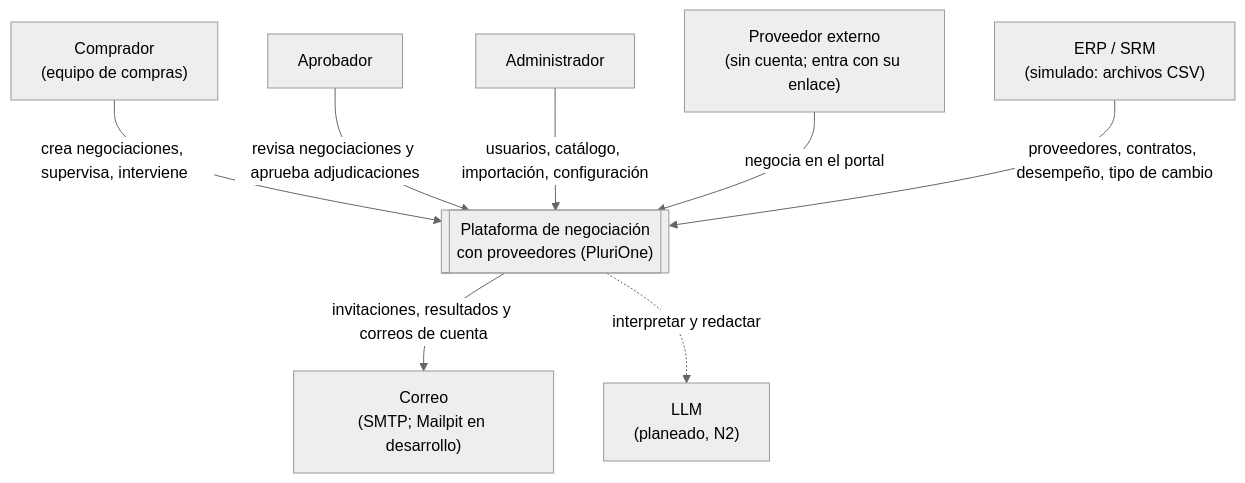
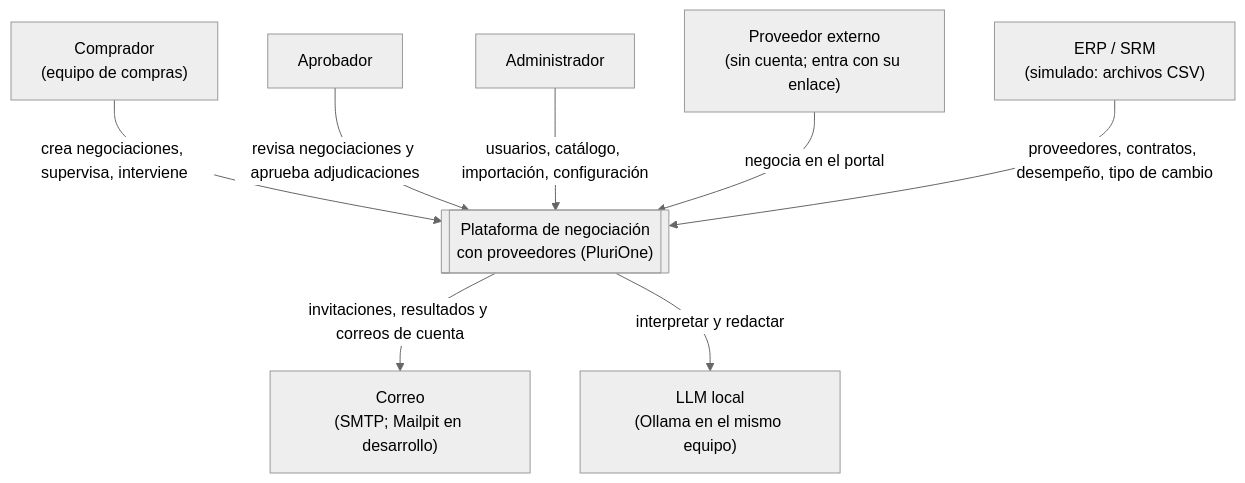
Before and after one commit to sibashdb/G19X-ITH-SDB-360-ACADEMIC: the first of 4 diagrams in docs/arquitectura/c4.md, drawn with Mermaid (neutral theme). The commit also changed other lines of this file and 12 other files, not shown here.

````diff
--- a/docs/arquitectura/c4.md
+++ b/docs/arquitectura/c4.md
@@ -11,21 +10,21 @@
 ```mermaid
 flowchart TB
   comprador["Comprador<br/>(equipo de compras)"]
   aprobador["Aprobador"]
   admin["Administrador"]
   proveedor["Proveedor externo<br/>(sin cuenta; entra con su enlace)"]
 
   plataforma[["Plataforma de negociación<br/>con proveedores (PluriOne)"]]
 
   erp["ERP / SRM<br/>(simulado: archivos CSV)"]
   correo["Correo<br/>(SMTP; Mailpit en desarrollo)"]
-  llm["LLM<br/>(planeado, N2)"]
+  llm["LLM local<br/>(Ollama en el mismo equipo)"]
 
   comprador -- "crea negociaciones, supervisa, interviene" --> plataforma
   aprobador -- "revisa negociaciones y aprueba adjudicaciones" --> plataforma
   admin -- "usuarios, catálogo, importación, configuración" --> plataforma
   proveedor -- "negocia en el portal" --> plataforma
   erp -- "proveedores, contratos, desempeño, tipo de cambio" --> plataforma
   plataforma -- "invitaciones, resultados y correos de cuenta" --> correo
-  plataforma -. "interpretar y redactar" .-> llm
+  plataforma -- "interpretar y redactar" --> llm
 ```
````
